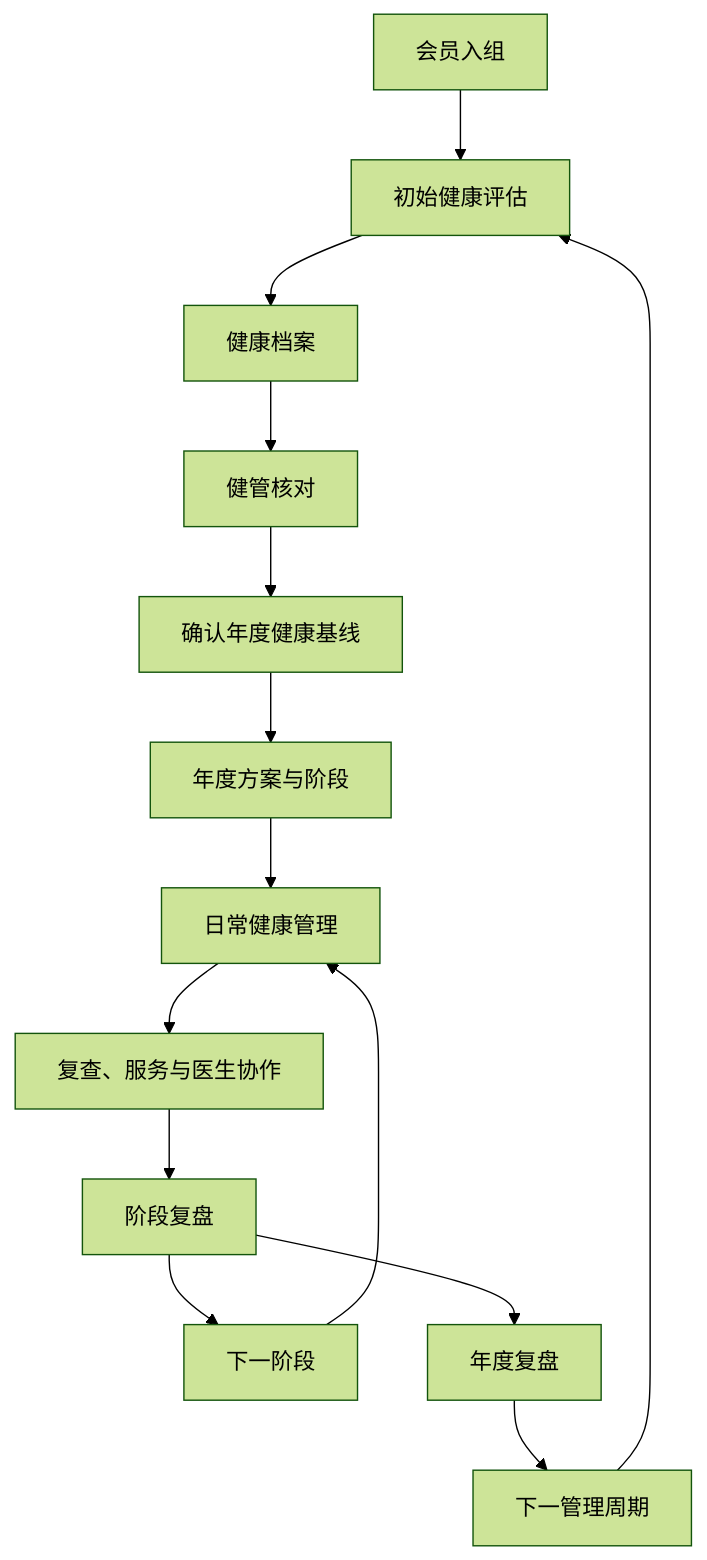
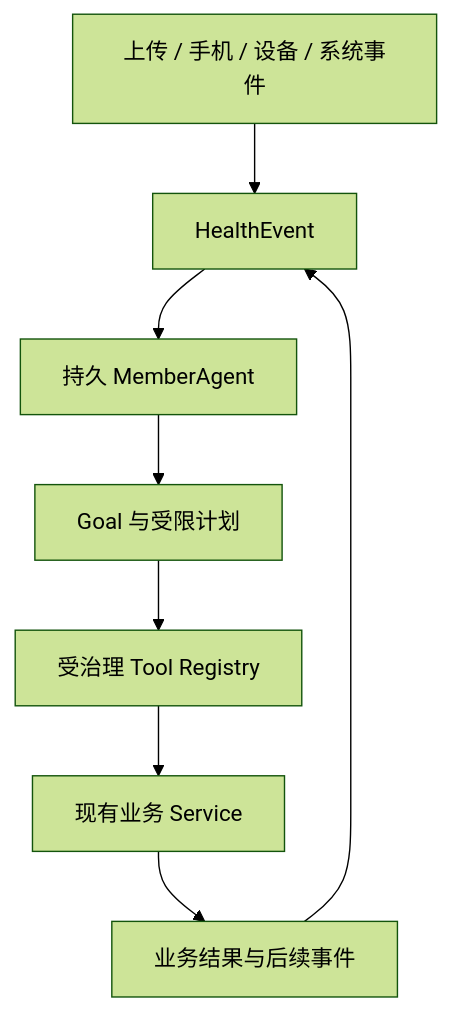
Before and after one commit to KaedeharaT/executive-healthops: the first of 3 diagrams in README_zh.md, drawn with Mermaid (forest theme). The commit also changed other lines of this file and 2 other files, not shown here.

Commit message:
docs: refresh bilingual README for AI-native HealthOps

````diff
--- a/README_zh.md
+++ b/README_zh.md
@@ -47,16 +40,10 @@
 ```mermaid
 flowchart TD
-    A[会员入组] --> B[初始健康评估]
-    B --> C[健康档案]
-    C --> D[健管核对]
-    D --> E[确认年度健康基线]
-    E --> F[年度方案与阶段]
-    F --> G[日常健康管理]
-    G --> H[复查、服务与医生协作]
-    H --> I[阶段复盘]
-    I --> J[下一阶段]
-    J --> G
-    I --> K[年度复盘]
-    K --> L[下一管理周期]
-    L --> B
+    A[上传 / 手机 / 设备 / 系统事件] --> B[HealthEvent]
+    B --> C[持久 MemberAgent]
+    C --> D[Goal 与受限计划]
+    D --> E[受治理 Tool Registry]
+    E --> F[现有业务 Service]
+    F --> G[业务结果与后续事件]
+    G --> B
 ```
````
